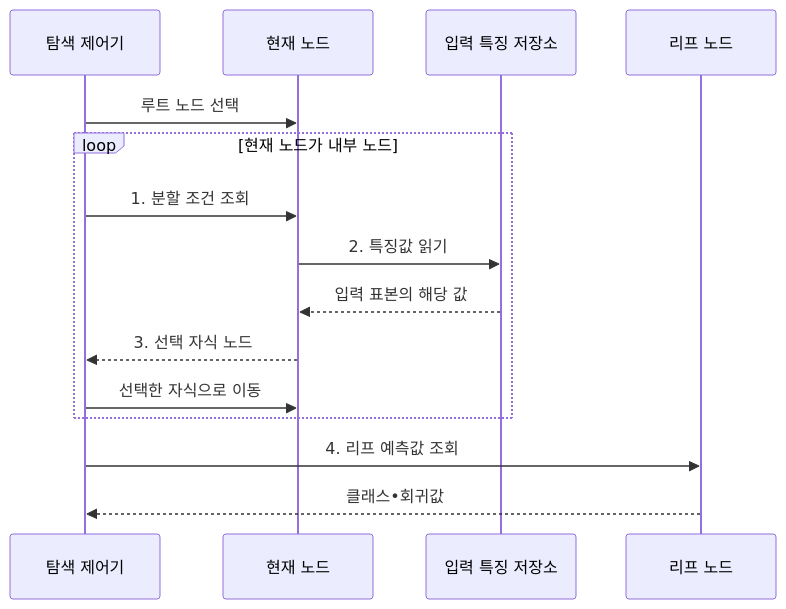
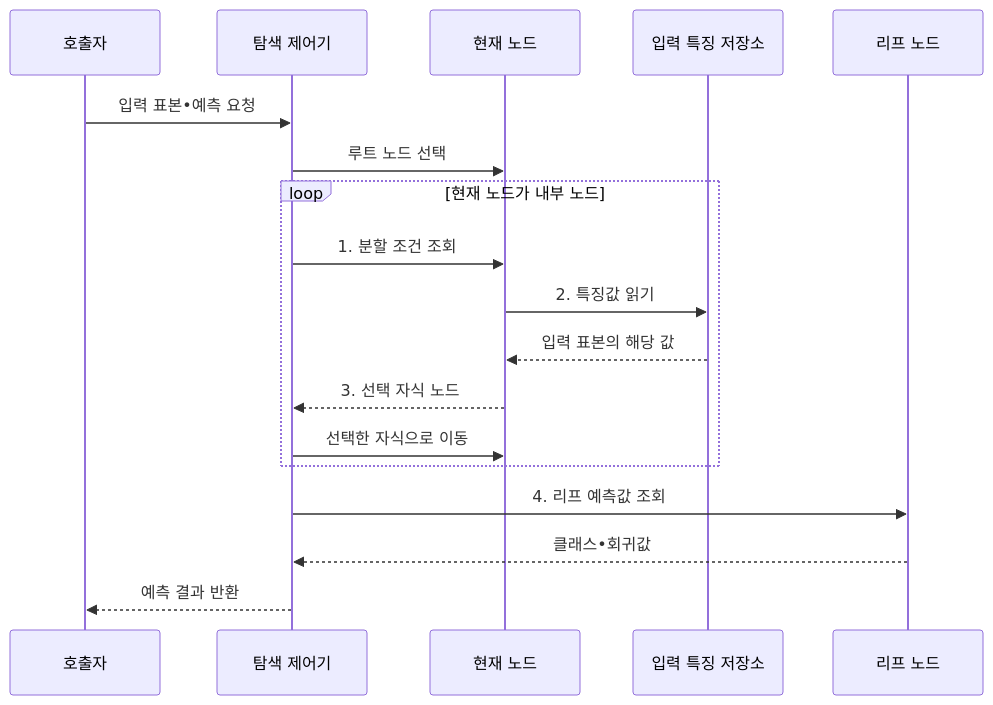
Before and after one commit to agnusdei1207/knowledge-base: the second of 2 diagrams in src/content/docs/notes/01-basic-theory/049_decision_tree.md, drawn with Mermaid. The commit also changed other lines of this file and 8 other files, not shown here.

````diff
--- a/src/content/docs/notes/01-basic-theory/049_decision_tree.md
+++ b/src/content/docs/notes/01-basic-theory/049_decision_tree.md
@@ -99,17 +99,20 @@
 ```mermaid
 sequenceDiagram
+    participant Q as 호출자
     participant T as 탐색 제어기
     participant N as 현재 노드
     participant X as 입력 특징 저장소
     participant L as 리프 노드
+    Q->>T: 입력 표본•예측 요청
     T->>N: 루트 노드 선택
     loop 현재 노드가 내부 노드
         T->>N: 1. 분할 조건 조회
         N->>X: 2. 특징값 읽기
         X-->>N: 입력 표본의 해당 값
         N-->>T: 3. 선택 자식 노드
         T->>N: 선택한 자식으로 이동
     end
     T->>L: 4. 리프 예측값 조회
     L-->>T: 클래스•회귀값
+    T-->>Q: 예측 결과 반환
 ```
````
